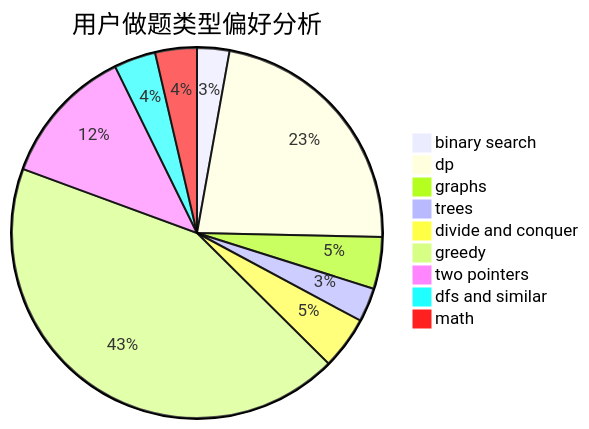
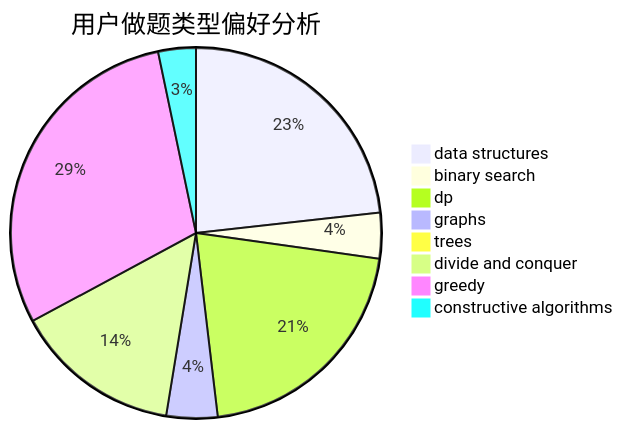
Before and after one commit to sherpahu/cfrs.github.io: the second of 3 diagrams in docs/user/u1410.md, drawn with Mermaid. The commit also changed other lines of this file and 2775 other files, not shown here.

````diff
--- a/docs/user/u1410.md
+++ b/docs/user/u1410.md
@@ -23,12 +23,11 @@
 ```mermaid
 pie title 用户做题类型偏好分析
-    "binary search" :  38
-    "dp" :  303
-    "graphs" :  61
-    "trees" :  40
+    "data structures" :  99
+    "binary search" :  17
+    "dp" :  89
+    "graphs" :  19
+    "trees" :  4
     "divide and conquer" :  62
-    "greedy" :  581
-    "two pointers" :  163
-    "dfs and similar" :  49
-    "math" :  49
+    "greedy" :  126
+    "constructive algorithms" :  14
 ```
````
